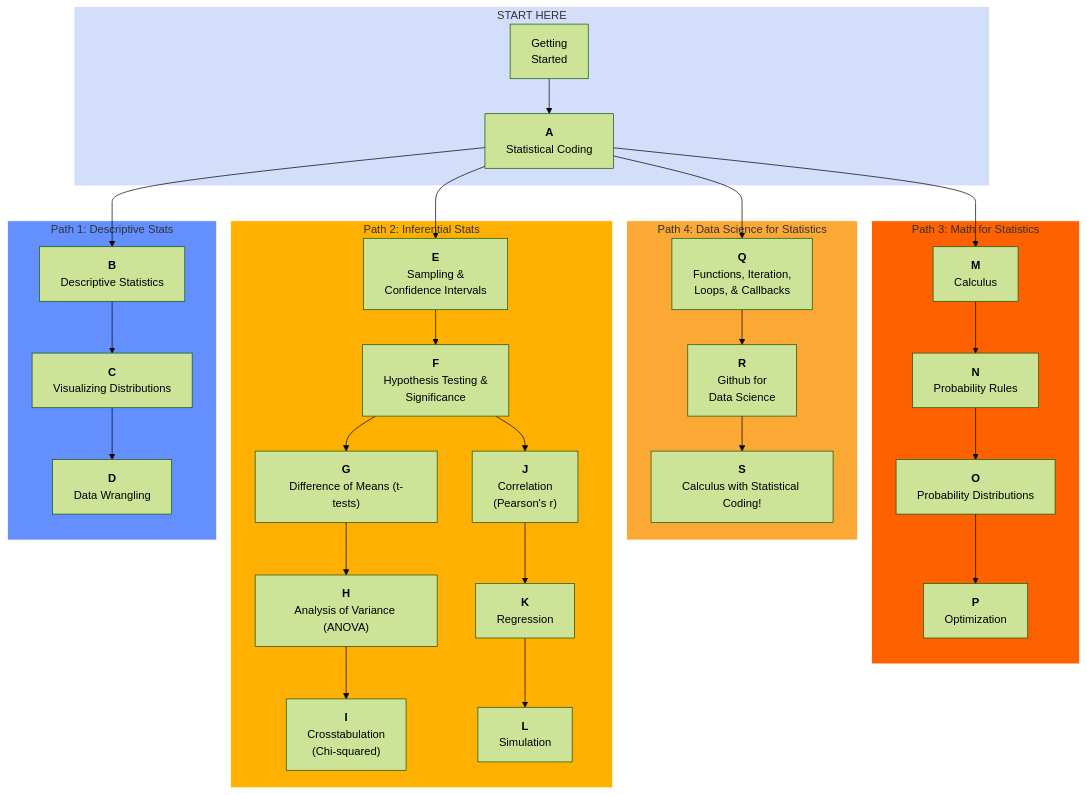
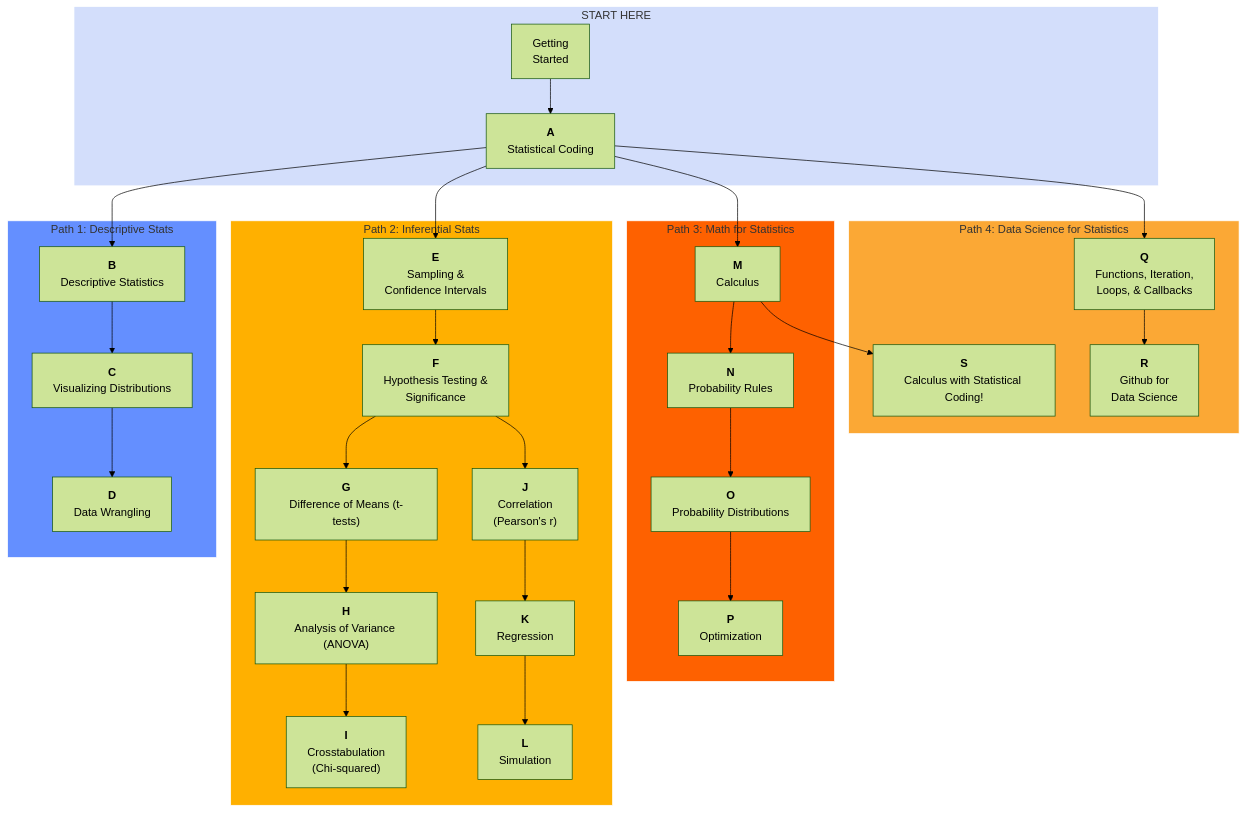
The diagram in README.md (timothyfraser/stats_bootcamp), drawn with Mermaid (forest theme) before and after one commit.

Commit message:
Update paths in README to include M and A

````diff
--- a/README.md
+++ b/README.md
@@ -85,68 +85,69 @@
 ```mermaid
 flowchart TD
 
 
 subgraph p0["START HERE"]
     Z["Getting<br>Started"]
     A["<b>A</b><br>Statistical Coding"]
 end
 
 subgraph p4["Path 4: Data Science for Statistics"]
     Q["<b>Q</b><br>Functions, Iteration,<br>Loops, & Callbacks"]
     R["<b>R</b><br>Github for<br>Data Science"]
     S["<b>S</b><br>Calculus with Statistical Coding!"]
 end
 
 subgraph p3["Path 3: Math for Statistics"]
     M["<b>M</b><br>Calculus"]
     N["<b>N</b><br>Probability Rules"]
     O["<b>O</b><br>Probability Distributions"]
     P["<b>P</b><br>Optimization"]
 end
 
 subgraph p2["Path 2: Inferential Stats"]
     E["<b>E</b><br>Sampling &<br>Confidence Intervals"]
     F["<b>F</b><br>Hypothesis Testing &<br>Significance"]
     G["<b>G</b><br>Difference of Means (t-tests)"]
     H["<b>H</b><br>Analysis of Variance (ANOVA)"]
     I["<b>I</b><br>Crosstabulation<br>(Chi-squared)"]
     J["<b>J</b><br>Correlation<br>(Pearson's r)"]
     K["<b>K</b><br>Regression"]
     L["<b>L</b><br>Simulation"]
 end
 
 subgraph p1["Path 1: Descriptive Stats"]
     B["<b>B</b><br>Descriptive Statistics"]
     C["<b>C</b><br>Visualizing Distributions"]
     D["<b>D</b><br>Data Wrangling"]
 end
 
 
 
 Z --> A
 A --> B --> C --> D
 A --> E --> F --> G --> H --> I
 F --> J --> K --> L
 A --> M --> N --> O --> P
-A --> Q --> R --> S
+M --> S
+A --> Q --> R
 
 
 %%class Z,A path0;
 %%class B,C,D path1;
 %%class E,F,G,H,I,J,K,L path2;
 %%class M,N,O,P,Q,R path3;
 
 class p0 path0;
 class p1 path1;
 class p2 path2;
 class p3 path3;
 class p4 path4;
 
 classDef path0 fill:#D3DEFB,stroke:#FFFFFF;
 classDef path1 fill:#648FFF,stroke:#FFFFFF;
 classDef path2 fill:#FFB000,stroke:#FFFFFF;
 classDef path3 fill:#FE6100,stroke:#FFFFFF;
 classDef path4 fill:#fba835,stroke:#FFFFFF;
 
 
 ```
````
